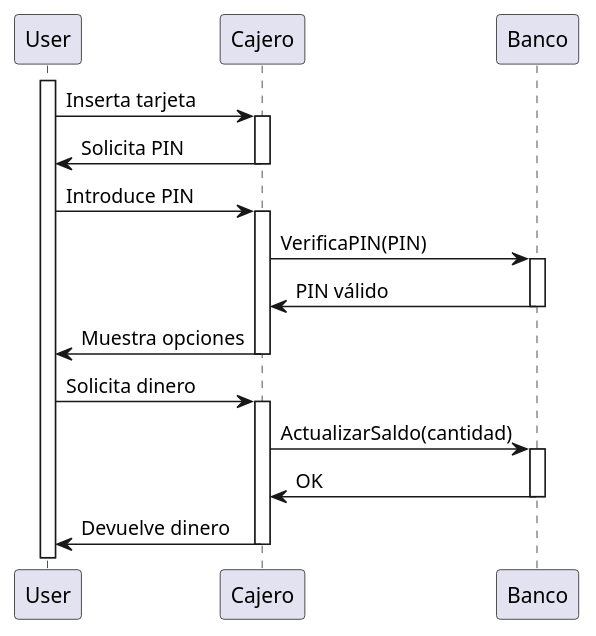
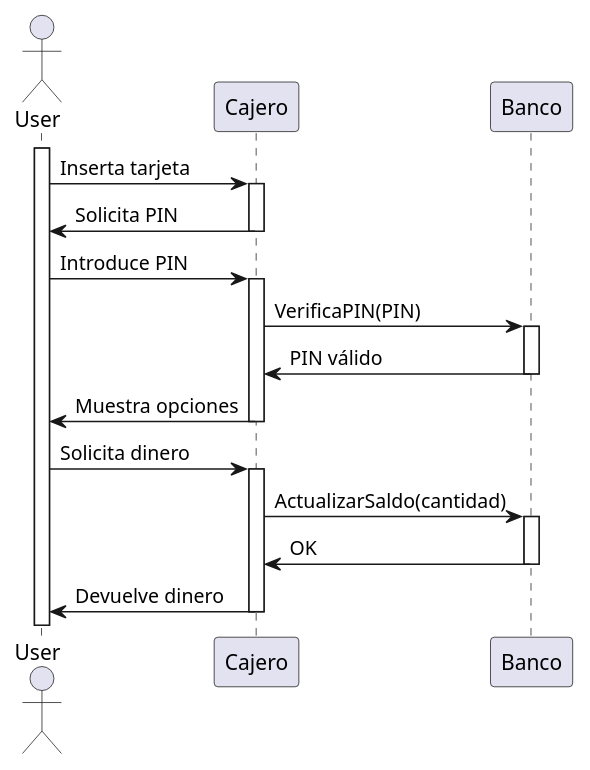
The diagram in 03diagramaSecuencia/Teoria.md (mgportada/DiagramasUML), drawn with PlantUML before and after one commit. The commit also changed 1 other file, not shown here.

Commit message:
Minor change

````diff
--- a/03diagramaSecuencia/Teoria.md
+++ b/03diagramaSecuencia/Teoria.md
@@ -15,35 +15,35 @@
 ```plantUML
 @startuml
 
-participant User
+actor User
 participant Cajero
 participant Banco
 
 activate User
 User -> Cajero: Inserta tarjeta
 activate Cajero
 Cajero -> User: Solicita PIN
 deactivate Cajero
 
 User -> Cajero: Introduce PIN
 activate Cajero
 Cajero -> Banco: VerificaPIN(PIN)
 activate Banco
 Banco -> Cajero: PIN válido
 deactivate Banco
 
 Cajero -> User: Muestra opciones
 deactivate Cajero
 
 User -> Cajero: Solicita dinero
 activate Cajero
 Cajero -> Banco: ActualizarSaldo(cantidad)
 activate Banco
 Banco -> Cajero: OK
 deactivate Banco
 Cajero -> User: Devuelve dinero
 deactivate Cajero
 deactivate Cajero
 @enduml
 
 ```
````
